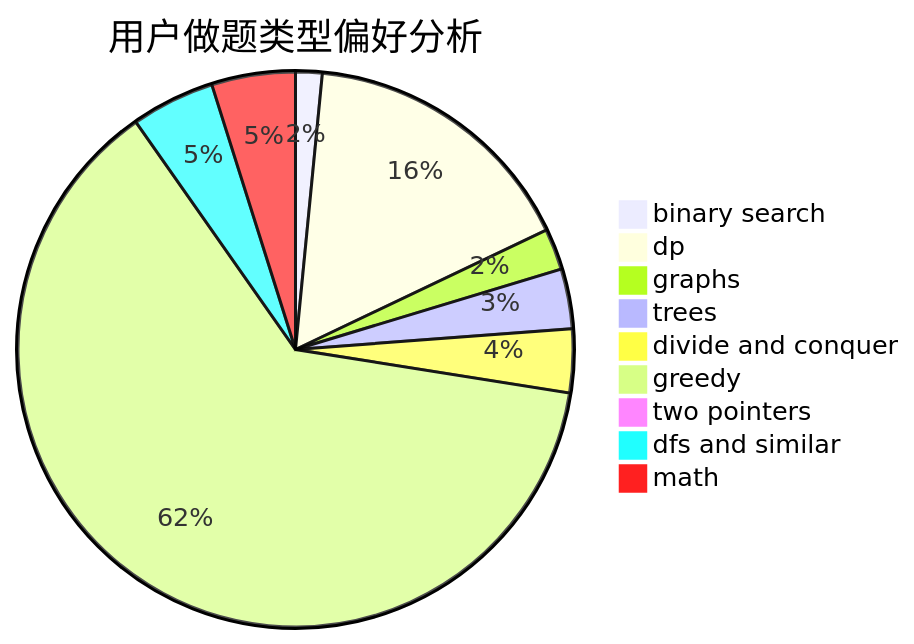
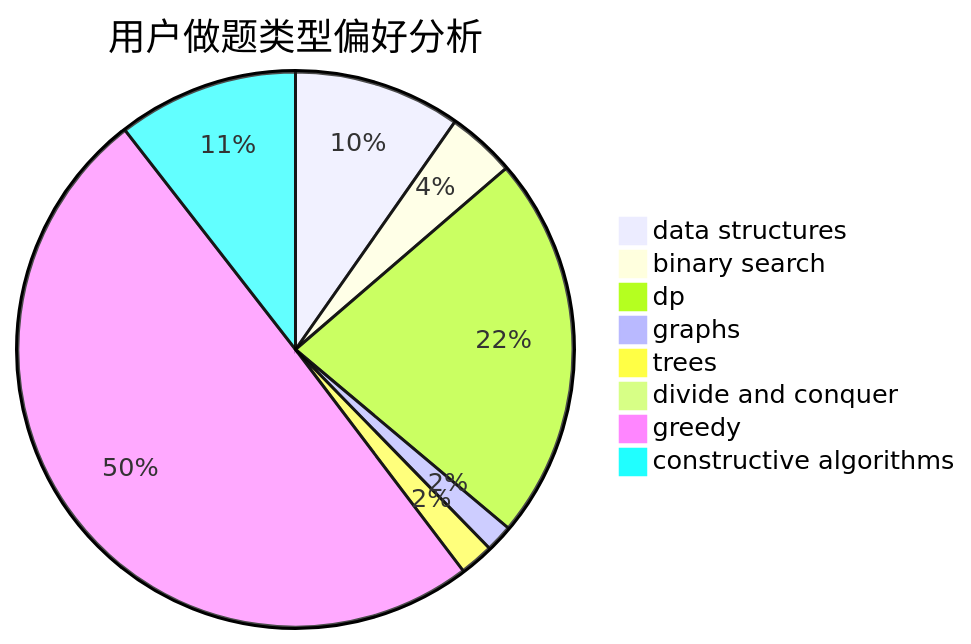
Before and after one commit to sherpahu/cfrs.github.io: the second of 3 diagrams in docs/user/u340.md, drawn with Mermaid. The commit also changed other lines of this file and 2775 other files, not shown here.

````diff
--- a/docs/user/u340.md
+++ b/docs/user/u340.md
@@ -23,12 +23,11 @@
 ```mermaid
 pie title 用户做题类型偏好分析
+    "data structures" :  49
     "binary search" :  20
-    "dp" :  212
-    "graphs" :  31
-    "trees" :  45
-    "divide and conquer" :  48
-    "greedy" :  812
-    "two pointers" :  9
-    "dfs and similar" :  63
-    "math" :  63
+    "dp" :  113
+    "graphs" :  8
+    "trees" :  10
+    "divide and conquer" :  0
+    "greedy" :  251
+    "constructive algorithms" :  53
 ```
````
